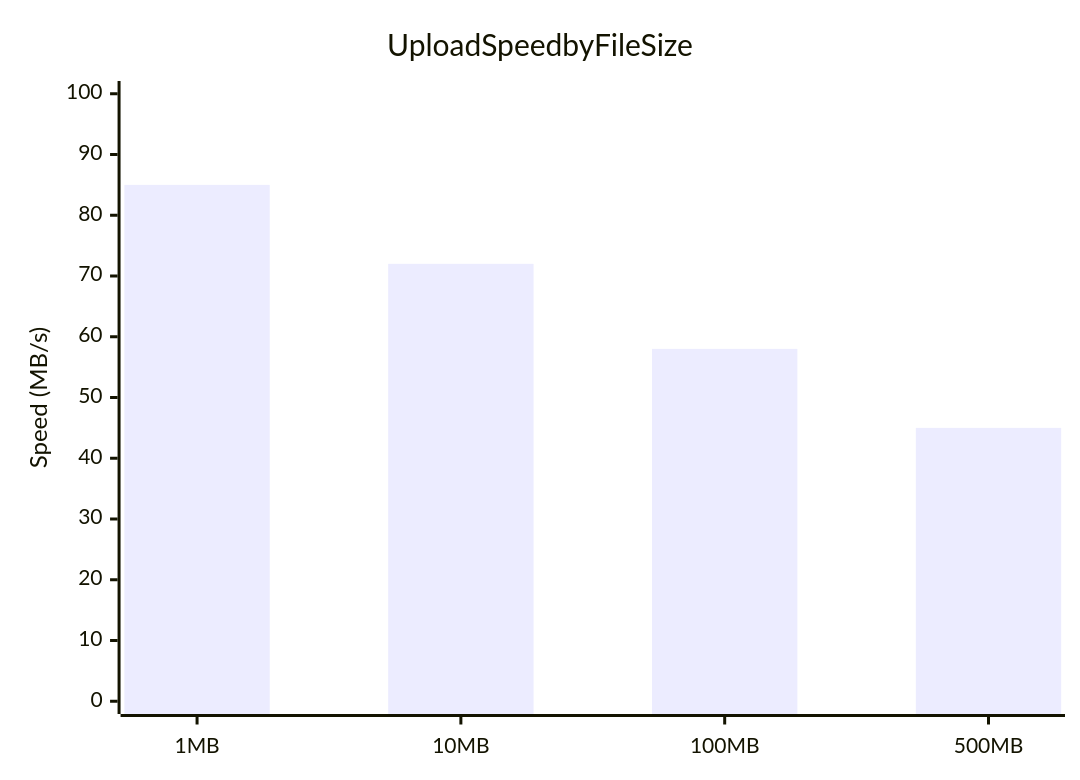
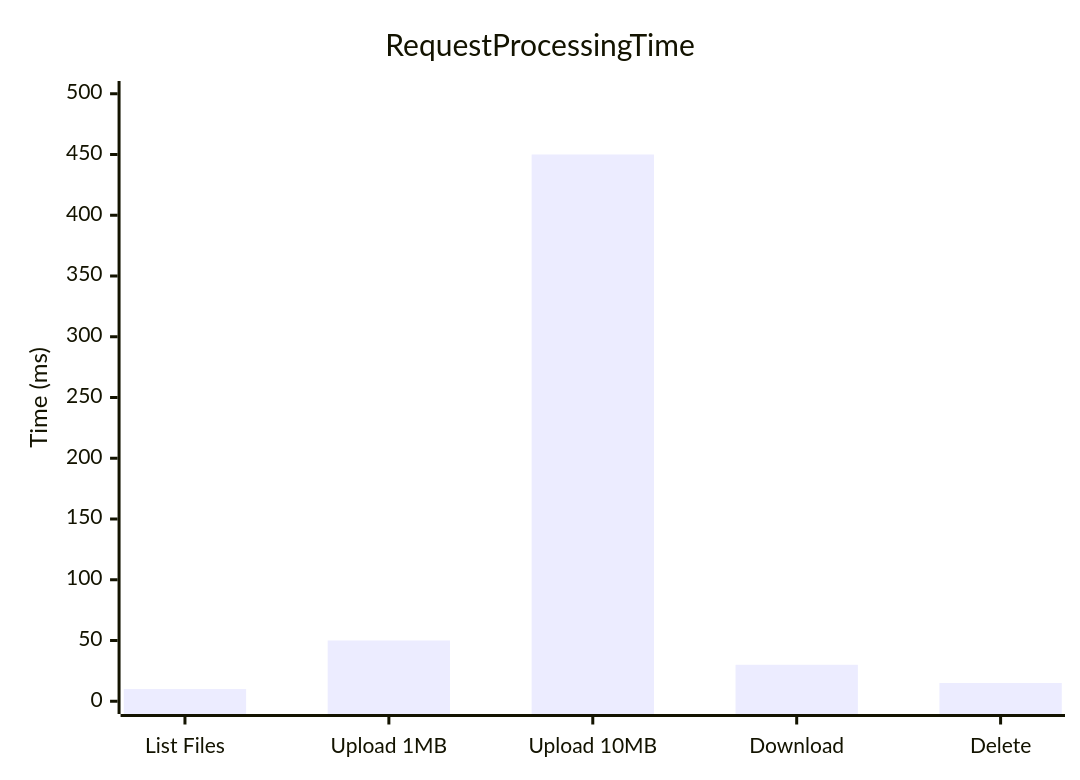
Diagram 12 of 16 in SGP_phase1/docs/architecture.md (hetcharusat/sharejadpi), drawn with Mermaid before and after one commit. The commit also changed other lines of this file and 1 other file, not shown here.

Commit message:
docs: comprehensive architecture with design patterns, workflows, and diagrams

````diff
--- a/SGP_phase1/docs/architecture.md
+++ b/SGP_phase1/docs/architecture.md
@@ -459,7 +627,7 @@
 ```mermaid
 xychart-beta
-    title Upload Speed by File Size
-    x-axis ["1MB", "10MB", "100MB", "500MB"]
-    y-axis "Speed (MB/s)" 0 --> 100
-    bar [85, 72, 58, 45]
+    title Request Processing Time
+    x-axis ["List Files", "Upload 1MB", "Upload 10MB", "Download", "Delete"]
+    y-axis "Time (ms)" 0 --> 500
+    bar [10, 50, 450, 30, 15]
 ```
````
